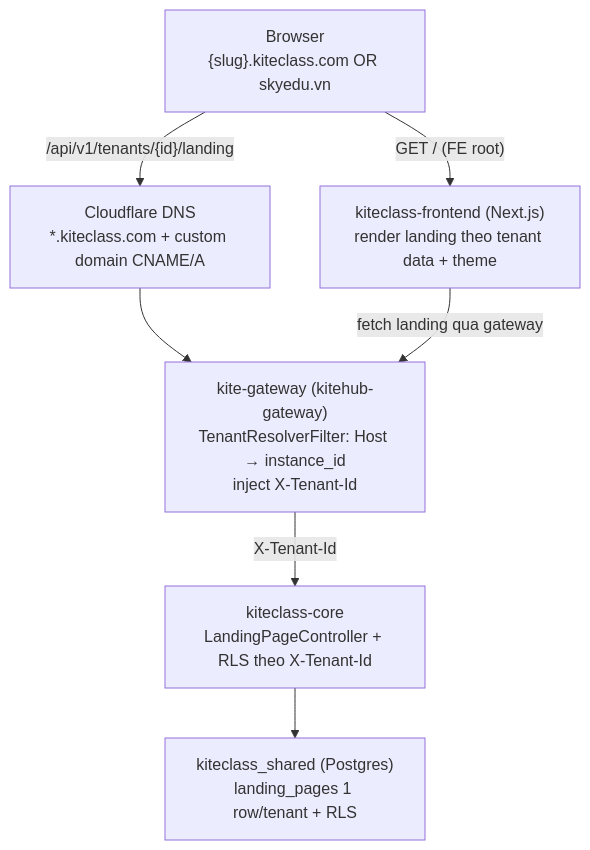
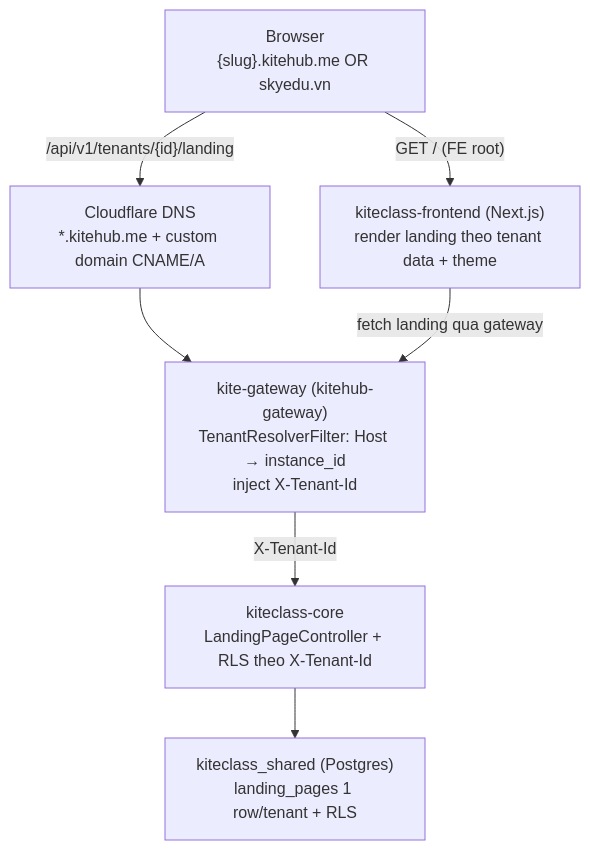
One commit to VictorAurelius/2026-Kite-Class-Platform changed the first of 3 diagrams in documents/02-architecture/tenant-domain-landing-architecture.md. Above: the diagram before and after it, drawn with Mermaid. The commit also changed other lines of this file and 278 other files, not shown here.

First line of the commit message:
fix(domain): sweep stale kiteclass.vn/.com → canonical kitehub.me ({slug}.kitehub.me tenant) + CI detector (GAP-1241) (#2374)

````diff
--- a/documents/02-architecture/tenant-domain-landing-architecture.md
+++ b/documents/02-architecture/tenant-domain-landing-architecture.md
@@ -19,16 +19,16 @@
 ```mermaid
 flowchart TD
-    Browser["Browser<br/>{slug}.kiteclass.com OR skyedu.vn"]
-    DNS["Cloudflare DNS<br/>*.kiteclass.com + custom domain CNAME/A"]
+    Browser["Browser<br/>{slug}.kitehub.me OR skyedu.vn"]
+    DNS["Cloudflare DNS<br/>*.kitehub.me + custom domain CNAME/A"]
     GW["kite-gateway (kitehub-gateway)<br/>TenantResolverFilter: Host → instance_id<br/>inject X-Tenant-Id"]
     Core["kiteclass-core<br/>LandingPageController + RLS theo X-Tenant-Id"]
     DB["kiteclass_shared (Postgres)<br/>landing_pages 1 row/tenant + RLS"]
     FE["kiteclass-frontend (Next.js)<br/>render landing theo tenant data + theme"]
 
     Browser -->|"/api/v1/tenants/{id}/landing"| DNS
     DNS --> GW
     GW -->|X-Tenant-Id| Core
     Core --> DB
     Browser -->|"GET / (FE root)"| FE
     FE -->|"fetch landing qua gateway"| GW
 ```
````
